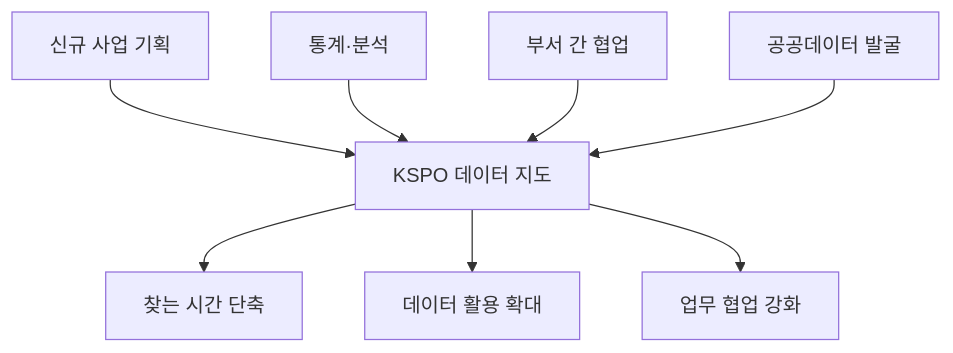
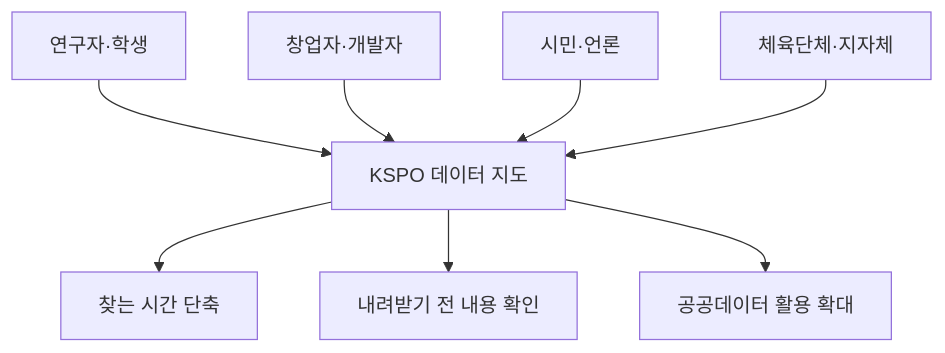
Before and after one commit to pinkshark1/kspo_data_explorer: the third of 5 diagrams in README.md, drawn with Mermaid. The commit also changed other lines of this file, not shown here.

````diff
--- a/README.md
+++ b/README.md
@@ -111,10 +111,10 @@
 ```mermaid
 flowchart TB
-    A[신규 사업 기획] --> E[KSPO 데이터 지도]
-    B[통계·분석] --> E
-    C[부서 간 협업] --> E
-    D[공공데이터 발굴] --> E
+    A[연구자·학생] --> E[KSPO 데이터 지도]
+    B[창업자·개발자] --> E
+    C[시민·언론] --> E
+    D[체육단체·지자체] --> E
     E --> F[찾는 시간 단축]
-    E --> G[데이터 활용 확대]
-    E --> H[업무 협업 강화]
+    E --> G[내려받기 전 내용 확인]
+    E --> H[공공데이터 활용 확대]
 ```
````
